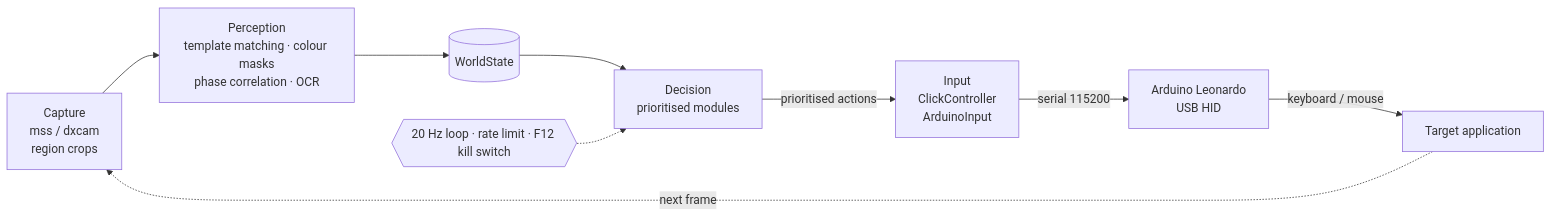
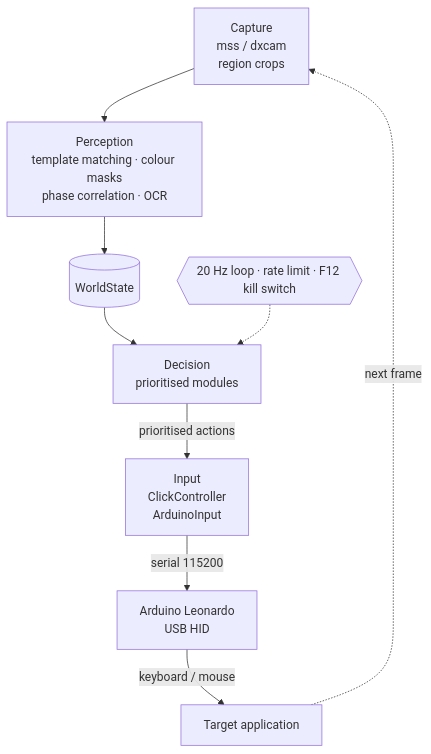
One commit to Mascotte33/Moonlight changed the first of 2 diagrams in README.md. Above: the diagram before and after it, drawn with Mermaid.

Commit message:
readme-neutral: Draw the architecture diagram top to bottom

````diff
--- a/README.md
+++ b/README.md
@@ -66,11 +66,11 @@
 ```mermaid
-flowchart LR
+flowchart TD
     CAP["Capture<br/>mss / dxcam<br/>region crops"] --> PER["Perception<br/>template matching · colour masks<br/>phase correlation · OCR"]
     PER --> WS[("WorldState")]
     WS --> DEC["Decision<br/>prioritised modules"]
     DEC -->|prioritised actions| IN["Input<br/>ClickController<br/>ArduinoInput"]
     IN -->|serial 115200| ARD["Arduino Leonardo<br/>USB HID"]
     ARD -->|keyboard / mouse| APP["Target application"]
     APP -.->|next frame| CAP
     LOOP{{"20 Hz loop · rate limit · F12 kill switch"}} -.-> DEC
 ```
````
